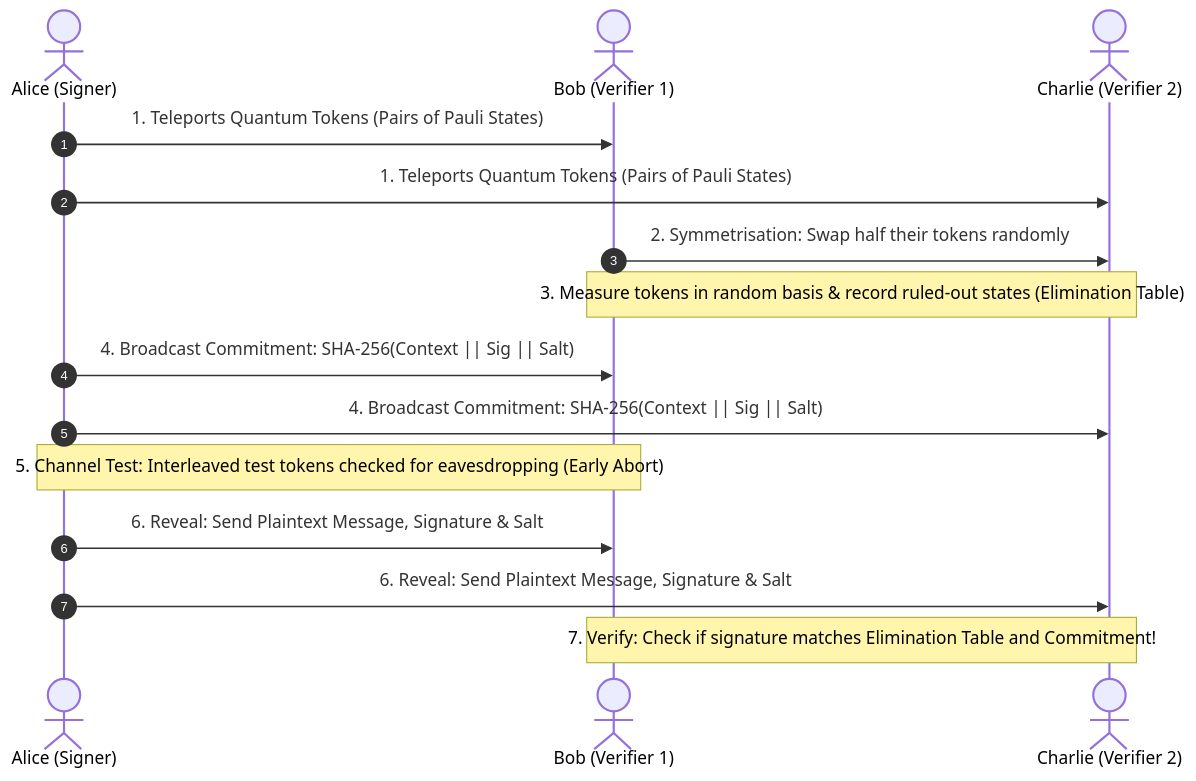
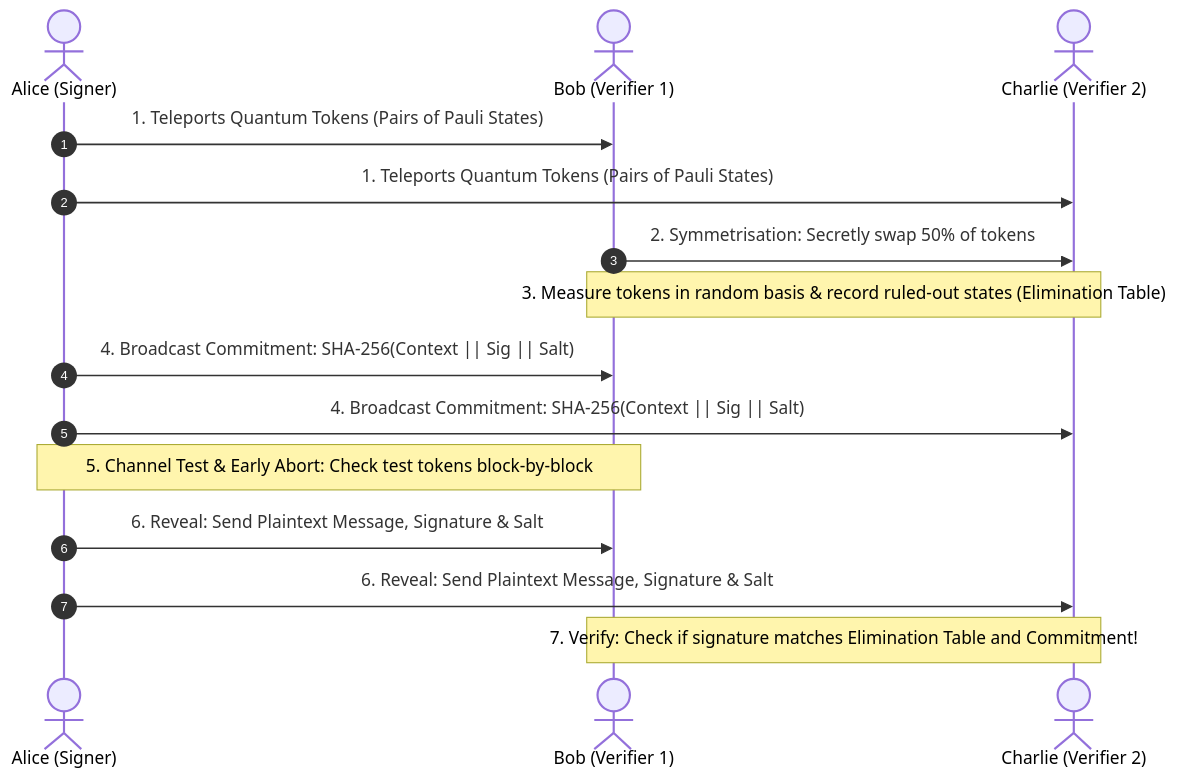
Before and after one commit to miki-dev-5618/QDS: the first of 2 diagrams in FOR_DUMMIES.md, drawn with Mermaid. The commit also changed other lines of this file and 1 other file, not shown here.

````diff
--- a/FOR_DUMMIES.md
+++ b/FOR_DUMMIES.md
@@ -86,18 +87,18 @@
 ```mermaid
 sequenceDiagram
     autonumber
     actor Alice as Alice (Signer)
     actor Bob as Bob (Verifier 1)
     actor Charlie as Charlie (Verifier 2)
     
     Alice->>Bob: 1. Teleports Quantum Tokens (Pairs of Pauli States)
     Alice->>Charlie: 1. Teleports Quantum Tokens (Pairs of Pauli States)
-    Bob->>Charlie: 2. Symmetrisation: Swap half their tokens randomly
+    Bob->>Charlie: 2. Symmetrisation: Secretly swap 50% of tokens
     Note over Bob,Charlie: 3. Measure tokens in random basis & record ruled-out states (Elimination Table)
     Alice->>Bob: 4. Broadcast Commitment: SHA-256(Context || Sig || Salt)
     Alice->>Charlie: 4. Broadcast Commitment: SHA-256(Context || Sig || Salt)
-    Note over Alice,Bob: 5. Channel Test: Interleaved test tokens checked for eavesdropping (Early Abort)
+    Note over Alice,Bob: 5. Channel Test & Early Abort: Check test tokens block-by-block
     Alice->>Bob: 6. Reveal: Send Plaintext Message, Signature & Salt
     Alice->>Charlie: 6. Reveal: Send Plaintext Message, Signature & Salt
     Note over Bob,Charlie: 7. Verify: Check if signature matches Elimination Table and Commitment!
 ```
````
